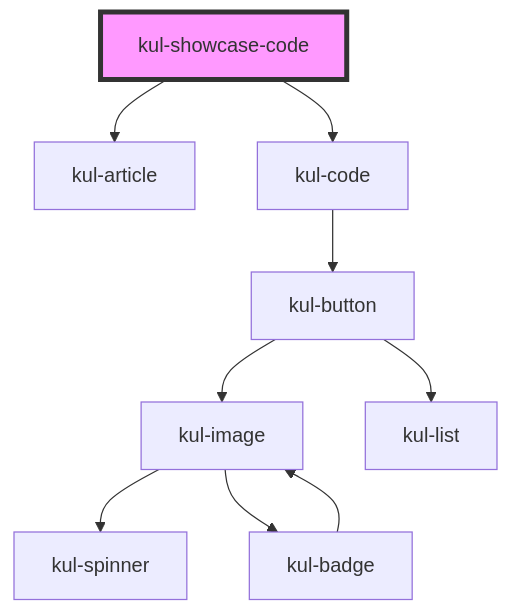
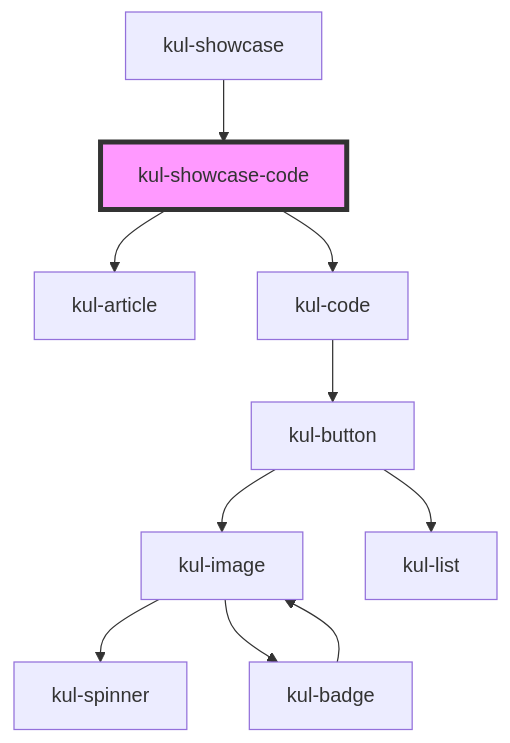
Before and after one commit to lucafoscili/ketchup-lite: the diagram in packages/ketchup-lite/src/components/kul-showcase/components/code/readme.md, drawn with Mermaid. The commit also changed other lines of this file and 45 other files, not shown here.

````diff
--- a/packages/ketchup-lite/src/components/kul-showcase/components/code/readme.md
+++ b/packages/ketchup-lite/src/components/kul-showcase/components/code/readme.md
@@ -24,12 +28,13 @@
 ```mermaid
 graph TD;
   kul-showcase-code --> kul-article
   kul-showcase-code --> kul-code
   kul-code --> kul-button
   kul-button --> kul-image
   kul-button --> kul-list
   kul-image --> kul-spinner
   kul-image --> kul-badge
   kul-badge --> kul-image
+  kul-showcase --> kul-showcase-code
   style kul-showcase-code fill:#f9f,stroke:#333,stroke-width:4px
 ```
````
